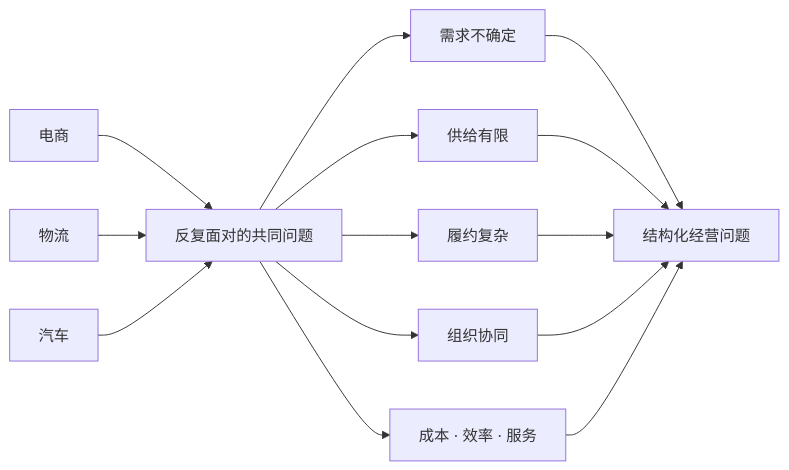
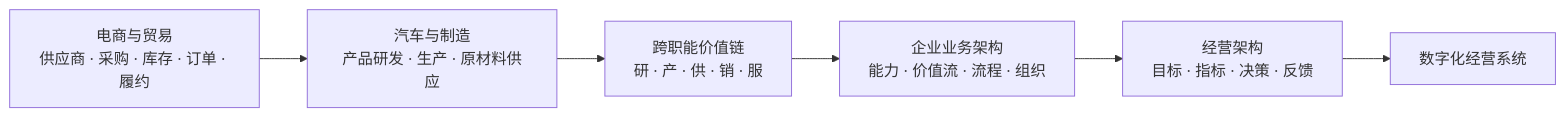
One commit to Chizheng4/robotaxi changed the third of 11 diagrams in README.md. Above: the diagram before and after it, drawn with Mermaid. The commit also changed other lines of this file and 15 other files, not shown here.

Commit message:
v043.0.1 统一数据趋势图交付

````diff
--- a/README.md
+++ b/README.md
@@ -51,16 +65,8 @@
 ```mermaid
 flowchart LR
-  A["电商"] --> D["反复面对的共同问题"]
-  B["物流"] --> D
-  C["汽车"] --> D
-  D --> E["需求不确定"]
-  D --> F["供给有限"]
-  D --> G["履约复杂"]
-  D --> H["组织协同"]
-  D --> I["成本 · 效率 · 服务"]
-  E --> J["结构化经营问题"]
-  F --> J
-  G --> J
-  H --> J
-  I --> J
+  A["电商与贸易<br/>供应商 · 采购 · 库存 · 订单 · 履约"] --> B["汽车与制造<br/>产品研发 · 生产 · 原材料供应"]
+  B --> C["跨职能价值链<br/>研 · 产 · 供 · 销 · 服"]
+  C --> D["企业业务架构<br/>能力 · 价值流 · 流程 · 组织"]
+  D --> E["经营架构<br/>目标 · 指标 · 决策 · 反馈"]
+  E --> F["数字化经营系统"]
 ```
````
